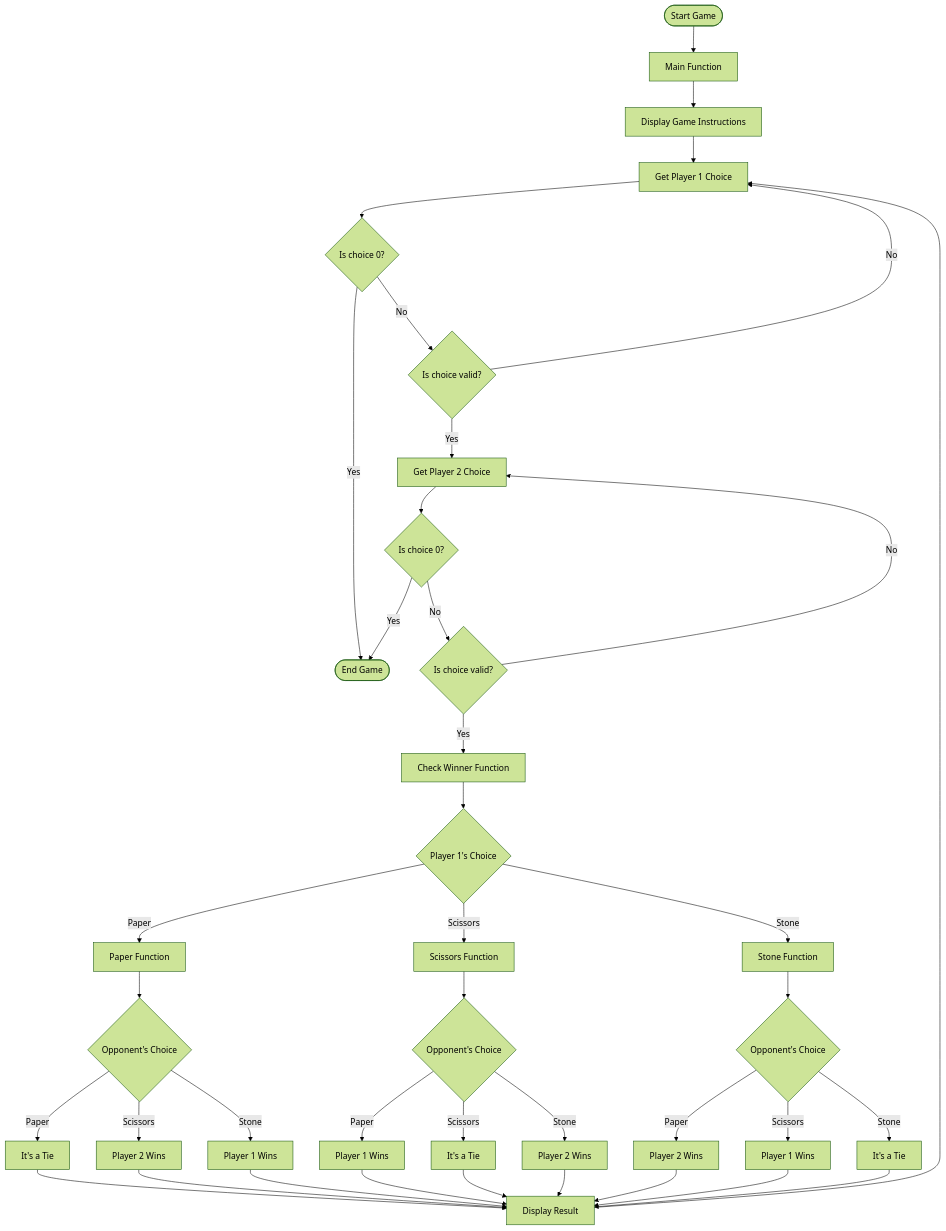
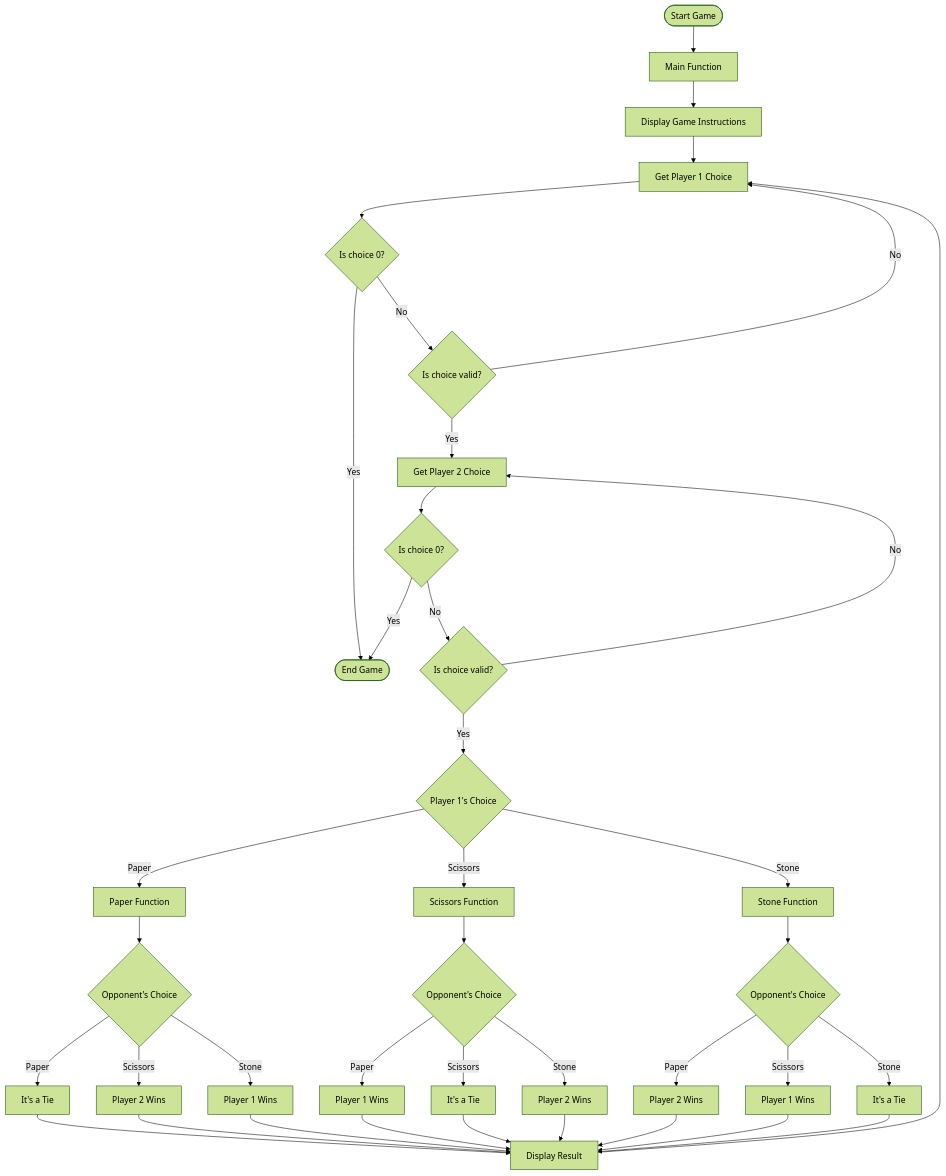
One commit to galenyip/arina-pss changed the diagram in mermaid_flowchart.md. Above: the diagram before and after it, drawn with Mermaid (forest theme). The commit also changed 2 other files, not shown here.

Commit message:
Merge check_winner logic into main function for a more linear flow

````diff
--- a/mermaid_flowchart.md
+++ b/mermaid_flowchart.md
@@ -3,48 +3,47 @@
 ```mermaid
 flowchart TD
     Start([Start Game]) --> Main[Main Function]
     Main --> DisplayInstructions[Display Game Instructions]
     DisplayInstructions --> InputP1[Get Player 1 Choice]
     InputP1 --> CheckZeroP1{Is choice 0?}
     CheckZeroP1 -->|Yes| End([End Game])
     CheckZeroP1 -->|No| ValidateP1{Is choice valid?}
     ValidateP1 -->|No| InputP1
     ValidateP1 -->|Yes| InputP2[Get Player 2 Choice]
     InputP2 --> CheckZeroP2{Is choice 0?}
     CheckZeroP2 -->|Yes| End
     CheckZeroP2 -->|No| ValidateP2{Is choice valid?}
     ValidateP2 -->|No| InputP2
-    ValidateP2 -->|Yes| CheckWinner[Check Winner Function]
+    ValidateP2 -->|Yes| Choice{Player 1's Choice}
     
-    CheckWinner --> Choice{Player 1's Choice}
     Choice -->|Paper| PaperFunc[Paper Function]
     Choice -->|Scissors| ScissorsFunc[Scissors Function]
     Choice -->|Stone| StoneFunc[Stone Function]
     
     PaperFunc --> PaperChoice{Opponent's Choice}
     PaperChoice -->|Paper| PaperTie[It's a Tie]
     PaperChoice -->|Scissors| PaperLose[Player 2 Wins]
     PaperChoice -->|Stone| PaperWin[Player 1 Wins]
     
     ScissorsFunc --> ScissorsChoice{Opponent's Choice}
     ScissorsChoice -->|Paper| ScissorsWin[Player 1 Wins]
     ScissorsChoice -->|Scissors| ScissorsTie[It's a Tie]
     ScissorsChoice -->|Stone| ScissorsLose[Player 2 Wins]
     
     StoneFunc --> StoneChoice{Opponent's Choice}
     StoneChoice -->|Paper| StoneLose[Player 2 Wins]
     StoneChoice -->|Scissors| StoneWin[Player 1 Wins]
     StoneChoice -->|Stone| StoneTie[It's a Tie]
     
     PaperTie --> DisplayResult
     PaperLose --> DisplayResult
     PaperWin --> DisplayResult
     ScissorsWin --> DisplayResult
     ScissorsTie --> DisplayResult
     ScissorsLose --> DisplayResult
     StoneLose --> DisplayResult
     StoneWin --> DisplayResult
     StoneTie --> DisplayResult
     
     DisplayResult[Display Result] --> InputP1
 ```
````
